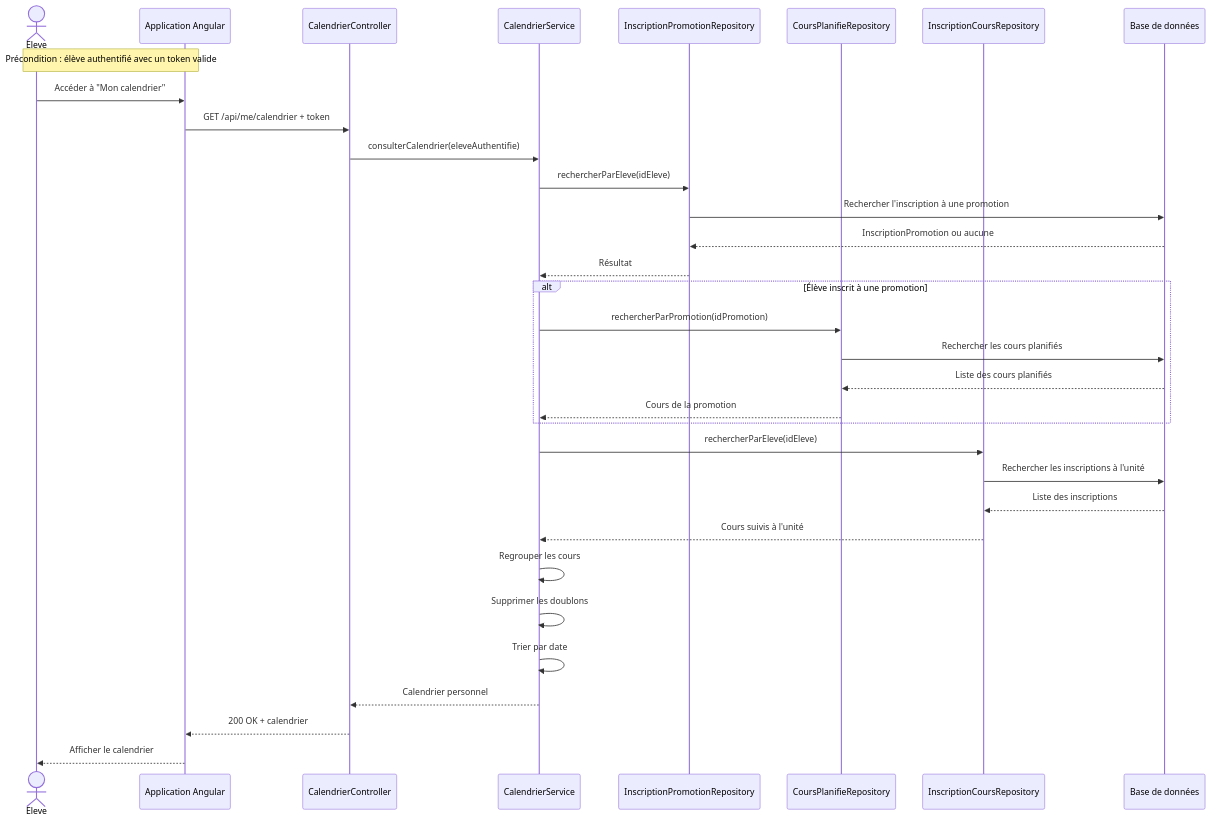
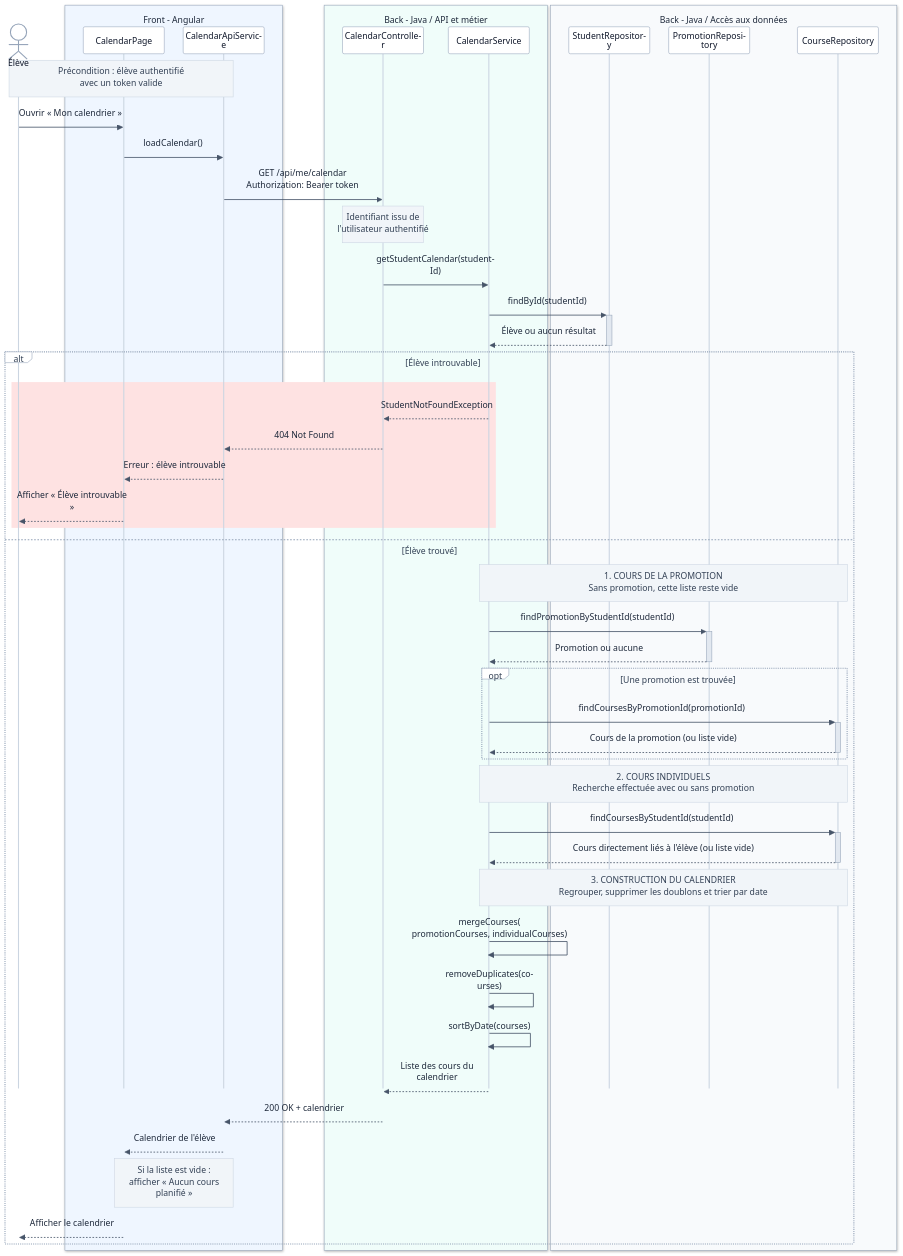
One commit to formavenir-cda/FormaGest changed the diagram in docs/diagrams/diagramme-sequence-calendrier-eleve.md. Above: the diagram before and after it, drawn with Mermaid. The commit also changed other lines of this file and 1 other file, not shown here.

Commit message:
docs: update UML documentation

````diff
--- a/docs/diagrams/diagramme-sequence-calendrier-eleve.md
+++ b/docs/diagrams/diagramme-sequence-calendrier-eleve.md
@@ -33,45 +20,108 @@
 ```mermaid
+---
+config:
+  theme: base
+  themeVariables:
+    fontFamily: "Arial, sans-serif"
+    fontSize: "14px"
+    primaryColor: "#FFFFFF"
+    primaryTextColor: "#1E293B"
+    primaryBorderColor: "#94A3B8"
+    lineColor: "#64748B"
+    actorBkg: "#FFFFFF"
+    actorBorder: "#94A3B8"
+    actorTextColor: "#0F172A"
+    actorLineColor: "#CBD5E1"
+    signalColor: "#475569"
+    signalTextColor: "#1E293B"
+    noteBkgColor: "#F1F5F9"
+    noteBorderColor: "#CBD5E1"
+    noteTextColor: "#334155"
+    labelBoxBkgColor: "#FFFFFF"
+    labelBoxBorderColor: "#94A3B8"
+    labelTextColor: "#334155"
+    loopTextColor: "#334155"
+    activationBkgColor: "#E2E8F0"
+    activationBorderColor: "#94A3B8"
+  sequence:
+    mirrorActors: false
+    actorMargin: 35
+    width: 150
+    height: 50
+    boxMargin: 12
+    boxTextMargin: 10
+    noteMargin: 12
+    messageMargin: 35
+    wrap: true
+    rightAngles: true
+---
 sequenceDiagram
+    actor Student as Élève
 
-    actor Eleve
-    participant Angular as Application Angular
-    participant Controller as CalendrierController
-    participant Service as CalendrierService
-    participant RepoPromo as InscriptionPromotionRepository
-    participant RepoCours as CoursPlanifieRepository
-    participant RepoUnitaire as InscriptionCoursRepository
-    participant BDD as Base de données
-
-    Note over Eleve,Angular: Précondition : élève authentifié avec un token valide
-
-    Eleve->>Angular: Accéder à "Mon calendrier"
-
-    Angular->>Controller: GET /api/me/calendrier + token
-
-    Controller->>Service: consulterCalendrier(eleveAuthentifie)
-
-    Service->>RepoPromo: rechercherParEleve(idEleve)
-    RepoPromo->>BDD: Rechercher l'inscription à une promotion
-    BDD-->>RepoPromo: InscriptionPromotion ou aucune
-    RepoPromo-->>Service: Résultat
-
-    alt Élève inscrit à une promotion
-        Service->>RepoCours: rechercherParPromotion(idPromotion)
-        RepoCours->>BDD: Rechercher les cours planifiés
-        BDD-->>RepoCours: Liste des cours planifiés
-        RepoCours-->>Service: Cours de la promotion
+    box rgb(239, 246, 255) Front - Angular
+        participant Page as CalendarPage
+        participant Api as CalendarApiService
     end
 
-    Service->>RepoUnitaire: rechercherParEleve(idEleve)
-    RepoUnitaire->>BDD: Rechercher les inscriptions à l'unité
-    BDD-->>RepoUnitaire: Liste des inscriptions
-    RepoUnitaire-->>Service: Cours suivis à l'unité
+    box rgb(240, 253, 250) Back - Java / API et métier
+        participant Controller as CalendarController
+        participant Service as CalendarService
+    end
 
-    Service->>Service: Regrouper les cours
-    Service->>Service: Supprimer les doublons
-    Service->>Service: Trier par date
+    box rgb(248, 250, 252) Back - Java / Accès aux données
+        participant StudentRepo as StudentRepository
+        participant PromotionRepo as PromotionRepository
+        participant CourseRepo as CourseRepository
+    end
 
-    Service-->>Controller: Calendrier personnel
-    Controller-->>Angular: 200 OK + calendrier
-    Angular-->>Eleve: Afficher le calendrier
+    Note over Student,Api: Précondition : élève authentifié<br/>avec un token valide
+
+    Student->>Page: Ouvrir « Mon calendrier »
+    Page->>Api: loadCalendar()
+    Api->>Controller: GET /api/me/calendar<br/>Authorization: Bearer token
+
+    Note over Controller: Identifiant issu de<br/>l'utilisateur authentifié
+    Controller->>Service: getStudentCalendar(studentId)
+
+    Service->>+StudentRepo: findById(studentId)
+    StudentRepo-->>-Service: Élève ou aucun résultat
+
+    alt Élève introuvable
+        rect rgb(254, 226, 226)
+            Service-->>Controller: StudentNotFoundException
+            Controller-->>Api: 404 Not Found
+            Api-->>Page: Erreur : élève introuvable
+            Page-->>Student: Afficher « Élève introuvable »
+        end
+
+    else Élève trouvé
+
+        Note over Service,CourseRepo: 1. COURS DE LA PROMOTION<br/>Sans promotion, cette liste reste vide
+
+        Service->>+PromotionRepo: findPromotionByStudentId(studentId)
+        PromotionRepo-->>-Service: Promotion ou aucune
+
+        opt Une promotion est trouvée
+            Service->>+CourseRepo: findCoursesByPromotionId(promotionId)
+            CourseRepo-->>-Service: Cours de la promotion (ou liste vide)
+        end
+
+        Note over Service,CourseRepo: 2. COURS INDIVIDUELS<br/>Recherche effectuée avec ou sans promotion
+
+        Service->>+CourseRepo: findCoursesByStudentId(studentId)
+        CourseRepo-->>-Service: Cours directement liés à l'élève (ou liste vide)
+
+        Note over Service,CourseRepo: 3. CONSTRUCTION DU CALENDRIER<br/>Regrouper, supprimer les doublons et trier par date
+
+        Service->>Service: mergeCourses(<br/>promotionCourses, individualCourses)
+        Service->>Service: removeDuplicates(courses)
+        Service->>Service: sortByDate(courses)
+
+        Service-->>Controller: Liste des cours du calendrier
+        Controller-->>Api: 200 OK + calendrier
+        Api-->>Page: Calendrier de l'élève
+
+        Note over Page,Api: Si la liste est vide :<br/>afficher « Aucun cours planifié »
+        Page-->>Student: Afficher le calendrier
+    end
 ```
````
